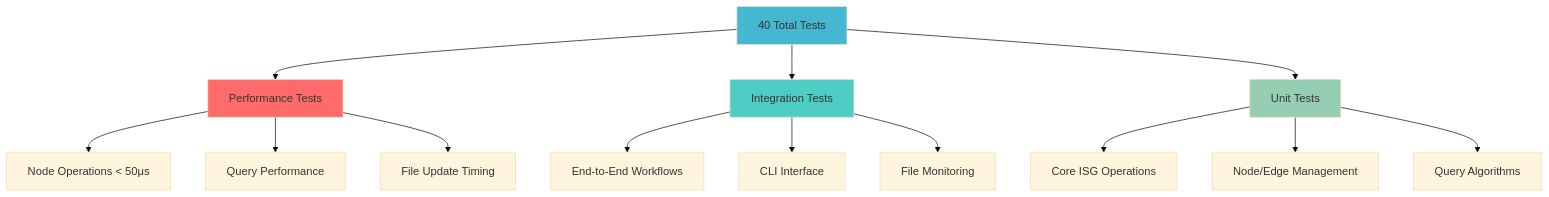
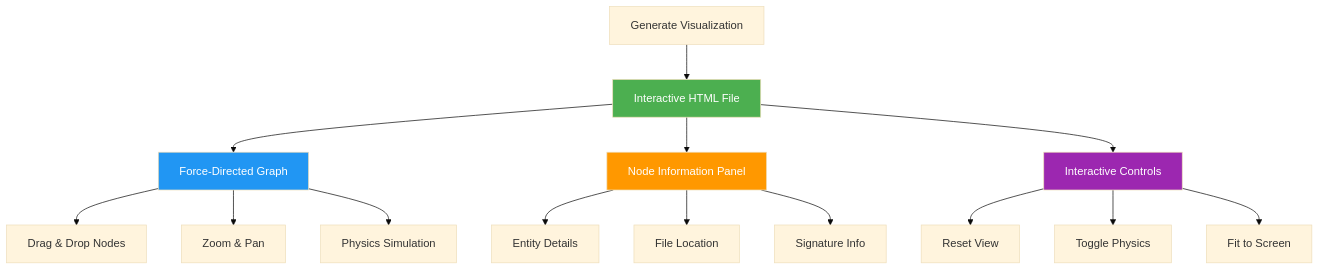
Before and after one commit to that-in-rust/parseltongue: the tenth of 13 diagrams in README.md, drawn with Mermaid (base theme). The commit also changed other lines of this file and 8 other files, not shown here.

````diff
--- a/README.md
+++ b/README.md
@@ -312,23 +579,24 @@
 ```mermaid
-flowchart TD
-    A[40 Total Tests] --> B[Performance Tests]
-    A --> C[Integration Tests]
-    A --> D[Unit Tests]
+graph TD
+    A[Generate Visualization] --> B[Interactive HTML File]
+    B --> C[Force-Directed Graph]
+    B --> D[Node Information Panel]
+    B --> E[Interactive Controls]
     
-    B --> B1[Node Operations < 50μs]
-    B --> B2[Query Performance]
-    B --> B3[File Update Timing]
+    C --> F[Drag & Drop Nodes]
+    C --> G[Zoom & Pan]
+    C --> H[Physics Simulation]
     
-    C --> C1[End-to-End Workflows]
-    C --> C2[CLI Interface]
-    C --> C3[File Monitoring]
+    D --> I[Entity Details]
+    D --> J[File Location]
+    D --> K[Signature Info]
     
-    D --> D1[Core ISG Operations]
-    D --> D2[Node/Edge Management]
-    D --> D3[Query Algorithms]
+    E --> L[Reset View]
+    E --> M[Toggle Physics]
+    E --> N[Fit to Screen]
     
-    style A fill:#45b7d1
-    style B fill:#ff6b6b
-    style C fill:#4ecdc4
-    style D fill:#96ceb4
+    style B fill:#4CAF50,color:#fff
+    style C fill:#2196F3,color:#fff
+    style D fill:#FF9800,color:#fff
+    style E fill:#9C27B0,color:#fff
 ```
````
